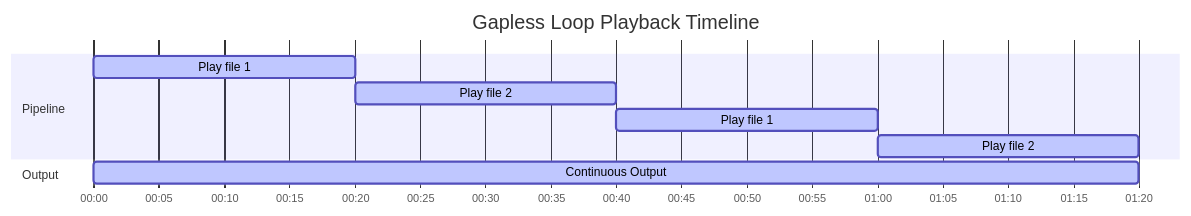
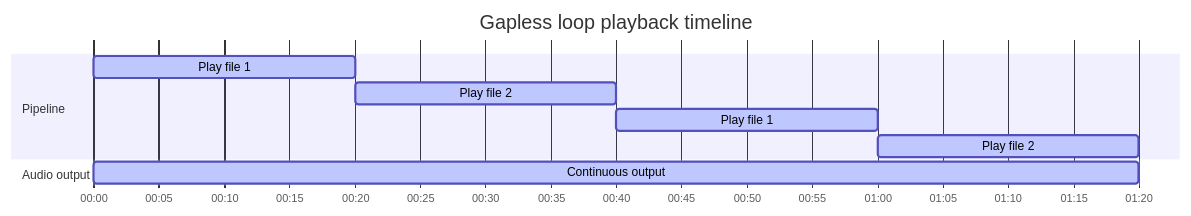
One commit to espressif/esp-gmf changed the third of 3 diagrams in gmf_examples/basic_examples/pipeline_loop_play_no_gap/README.md. Above: the diagram before and after it, drawn with Mermaid. The commit also changed other lines of this file and 57 other files, not shown here.

````diff
--- a/gmf_examples/basic_examples/pipeline_loop_play_no_gap/README.md
+++ b/gmf_examples/basic_examples/pipeline_loop_play_no_gap/README.md
@@ -58,15 +51,15 @@
 ```mermaid
 gantt
-    title Gapless Loop Playback Timeline
+    title Gapless loop playback timeline
     dateFormat YYYY-MM-DD HH:mm:ss
     axisFormat %M:%S
 
     section Pipeline
     Play file 1 :active, 2025-01-01 00:00:00, 2025-01-01 00:00:20
     Play file 2 :active, 2025-01-01 00:00:20, 2025-01-01 00:00:40
     Play file 1 :active, 2025-01-01 00:00:40, 2025-01-01 00:01:00
     Play file 2 :active, 2025-01-01 00:01:00, 2025-01-01 00:01:20
 
-    section Output
-    Continuous Output :active, 2025-01-01 00:00:00, 2025-01-01 00:01:20
+    section Audio output
+    Continuous output :active, 2025-01-01 00:00:00, 2025-01-01 00:01:20
 ```
````
